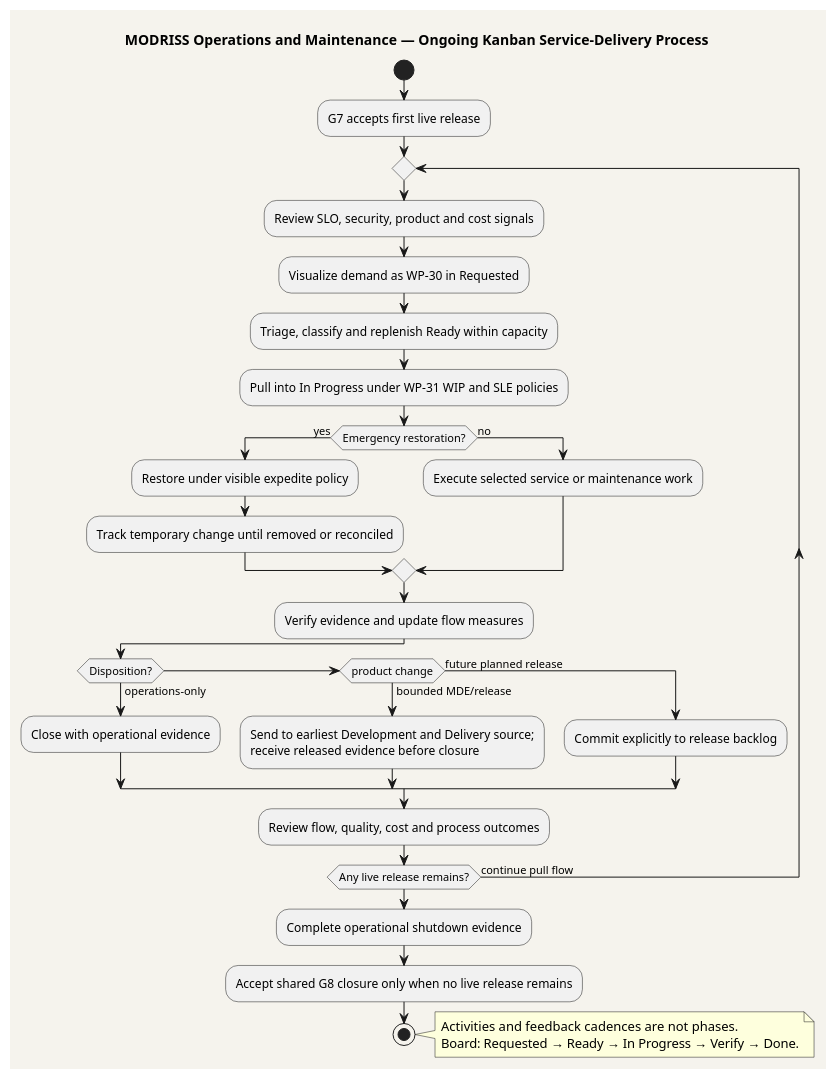
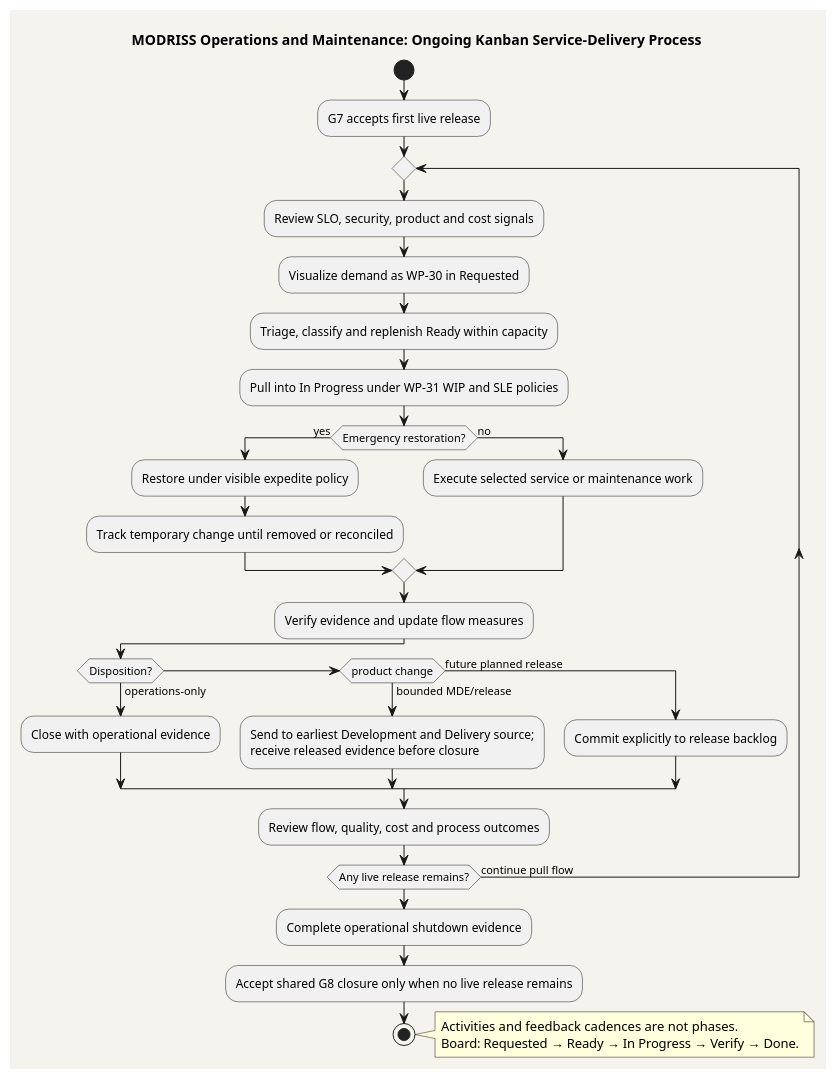
The diagram in mde/process/method/spem/views/operations-flow.puml (mehdieidi/modriss), drawn with PlantUML before and after one commit. The commit also changed 36 other files, not shown here.

```diff
--- a/mde/process/method/spem/views/operations-flow.puml
+++ b/mde/process/method/spem/views/operations-flow.puml
@@ -1,35 +1,35 @@
 @startuml
-title MODRISS Operations and Maintenance — Ongoing Kanban Service-Delivery Process
+title MODRISS Operations and Maintenance: Ongoing Kanban Service-Delivery Process
 skinparam backgroundColor #F5F3ED
 skinparam shadowing false
 start
 :G7 accepts first live release;
 repeat
   :Review SLO, security, product and cost signals;
   :Visualize demand as WP-30 in Requested;
   :Triage, classify and replenish Ready within capacity;
   :Pull into In Progress under WP-31 WIP and SLE policies;
   if (Emergency restoration?) then (yes)
     :Restore under visible expedite policy;
     :Track temporary change until removed or reconciled;
   else (no)
     :Execute selected service or maintenance work;
   endif
   :Verify evidence and update flow measures;
   if (Disposition?) then (operations-only)
     :Close with operational evidence;
   elseif (product change) then (bounded MDE/release)
     :Send to earliest Development and Delivery source;\nreceive released evidence before closure;
   else (future planned release)
     :Commit explicitly to release backlog;
   endif
   :Review flow, quality, cost and process outcomes;
 repeat while (Any live release remains?) is (continue pull flow)
 :Complete operational shutdown evidence;
 :Accept shared G8 closure only when no live release remains;
 stop
 note right
   Activities and feedback cadences are not phases.
   Board: Requested → Ready → In Progress → Verify → Done.
 end note
 @enduml
```
